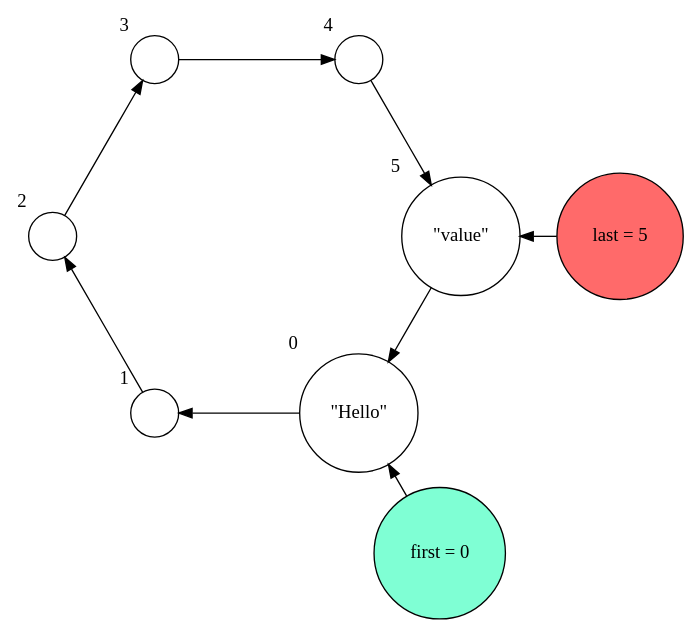
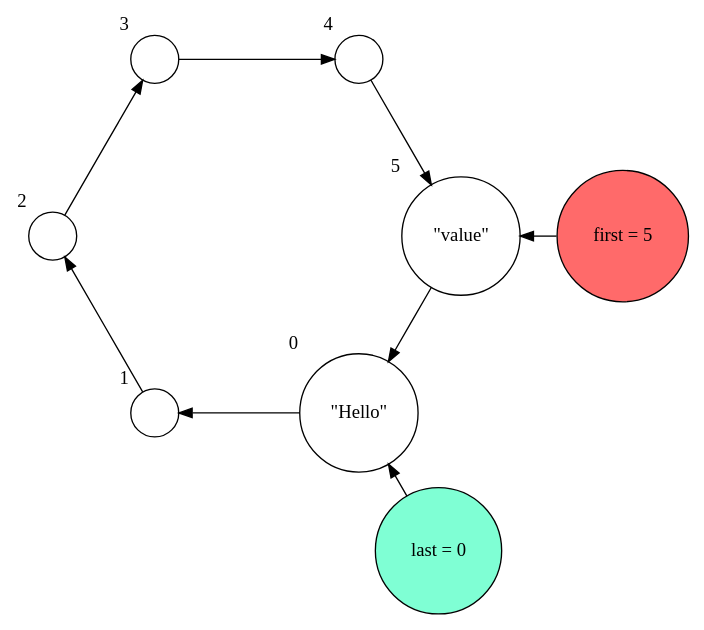
The second of 5 diagrams in ueb09/doc/doc.adoc (flohero/swo-exercise), drawn with Graphviz before and after one commit. The commit also changed other lines of this file and 2 other files, not shown here.

```diff
--- a/ueb09/doc/doc.adoc
+++ b/ueb09/doc/doc.adoc
@@ -67,21 +68,21 @@
 [graphviz,width=400]
 ----
 digraph g1 {
     layout="circo";
     forcelabels=true;
     node [shape = circle];
     N0 [xlabel="0", label="\"Hello\""]
     N1 [xlabel="1", label=""]
     N2 [xlabel="2", label=""]
     N3 [xlabel="3", label=""]
     N4 [xlabel="4", label=""]
     N5 [xlabel="5", label="\"value\""]
 
     N0 -> N1 -> N2 -> N3 -> N4 -> N5 -> N0;
 
-    first [fillcolor = aquamarine, style=filled, label="first = 0"];
-    last [fillcolor = indianred1, style=filled, label="last = 5"];
-    first -> N0;
-    last -> N5;
+    last [fillcolor = aquamarine, style=filled, label="last = 0"];
+    first [fillcolor = indianred1, style=filled, label="first = 5"];
+    last -> N0;
+    first -> N5;
 }
 ----
```
